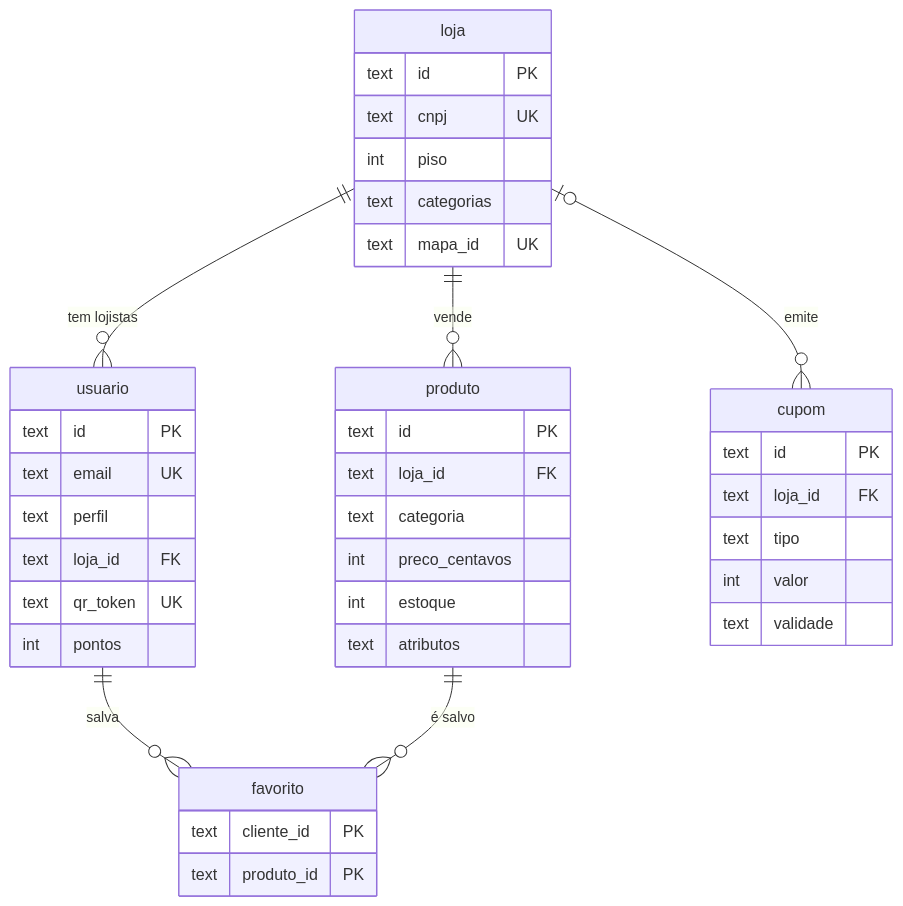
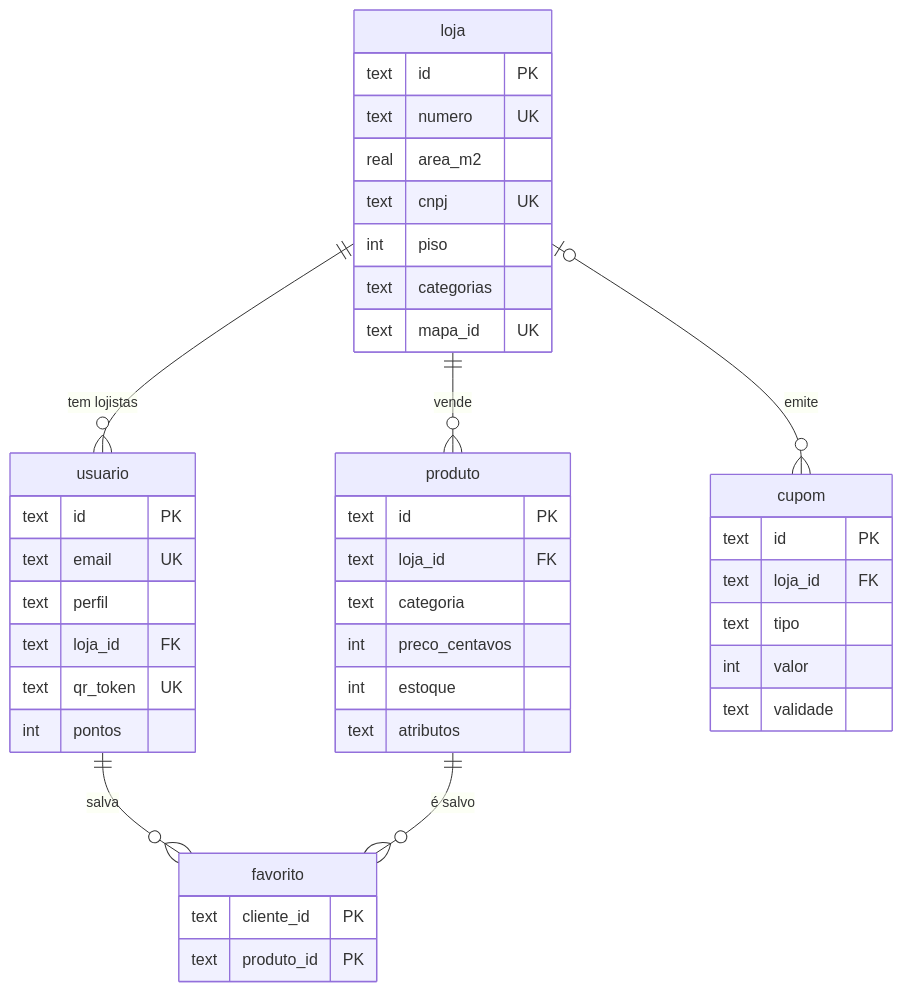
Before and after one commit to Gustavo16378/tyranitar-capim-dourado: the first of 3 diagrams in docs/banco.md, drawn with Mermaid. The commit also changed other lines of this file and 2 other files, not shown here.

````diff
--- a/docs/banco.md
+++ b/docs/banco.md
@@ -23,43 +23,45 @@
 ```mermaid
 erDiagram
   loja ||--o{ usuario : "tem lojistas"
   loja ||--o{ produto : vende
   loja |o--o{ cupom : emite
   usuario ||--o{ favorito : salva
   produto ||--o{ favorito : "é salvo"
 
   loja {
     text id PK
+    text numero UK
+    real area_m2
     text cnpj UK
     int piso
     text categorias
     text mapa_id UK
   }
   usuario {
     text id PK
     text email UK
     text perfil
     text loja_id FK
     text qr_token UK
     int pontos
   }
   produto {
     text id PK
     text loja_id FK
     text categoria
     int preco_centavos
     int estoque
     text atributos
   }
   cupom {
     text id PK
     text loja_id FK
     text tipo
     int valor
     text validade
   }
   favorito {
     text cliente_id PK
     text produto_id PK
   }
 ```
````
